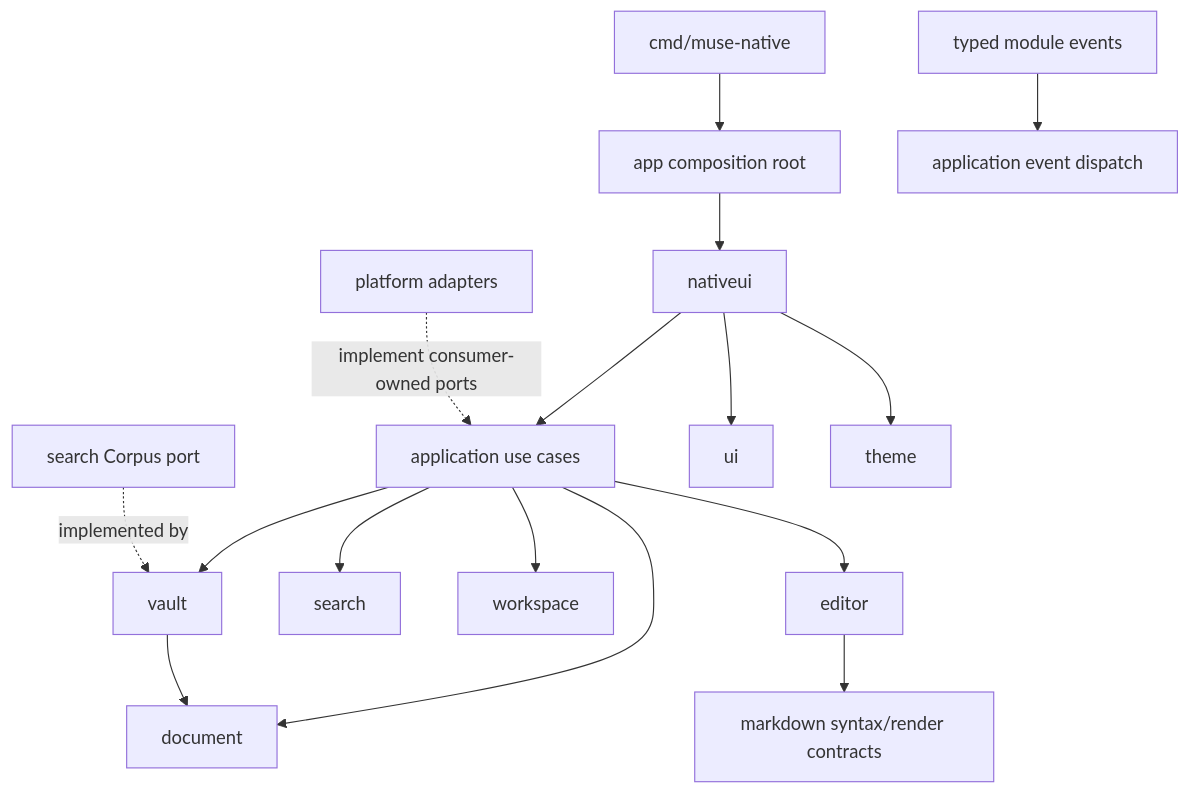
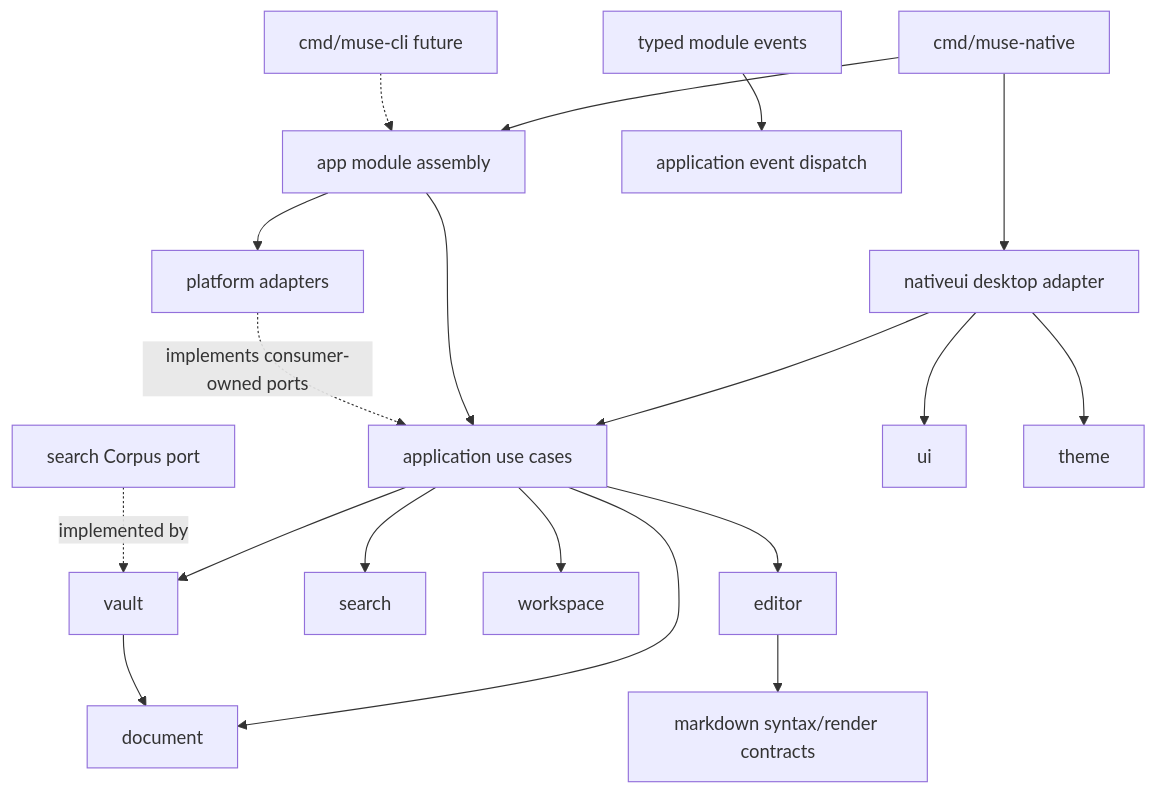
Before and after one commit to wheregrassdreams/muse: the diagram in docs/architecture.md, drawn with Mermaid. The commit also changed other lines of this file and 1 other file, not shown here.

Commit message:
docs(architecture): define future capability seams

````diff
--- a/docs/architecture.md
+++ b/docs/architecture.md
@@ -127,18 +132,21 @@
 ```mermaid
 flowchart TD
-  Cmd[cmd/muse-native] --> App[app composition root]
-  App --> UI[nativeui]
+  DesktopCmd[cmd/muse-native] --> App[app module assembly]
+  CLIFuture[cmd/muse-cli future] -.-> App
+  DesktopCmd --> UI[nativeui desktop adapter]
   UI --> UseCases[application use cases]
+  App --> UseCases
+  App --> Platform[platform adapters]
   UseCases --> Document[document]
   UseCases --> Vault[vault]
   UseCases --> Search[search]
   UseCases --> Workspace[workspace]
   UseCases --> Editor[editor]
   Editor --> Markdown[markdown syntax/render contracts]
   Vault --> Document
   SearchPort[search Corpus port] -.implemented by.-> Vault
-  Platform[platform adapters] -.implement consumer-owned ports.-> UseCases
+  Platform -.implements consumer-owned ports.-> UseCases
   UI --> SharedUI[ui]
   UI --> Theme[theme]
   DomainEvents[typed module events] --> Dispatcher[application event dispatch]
 ```
````
